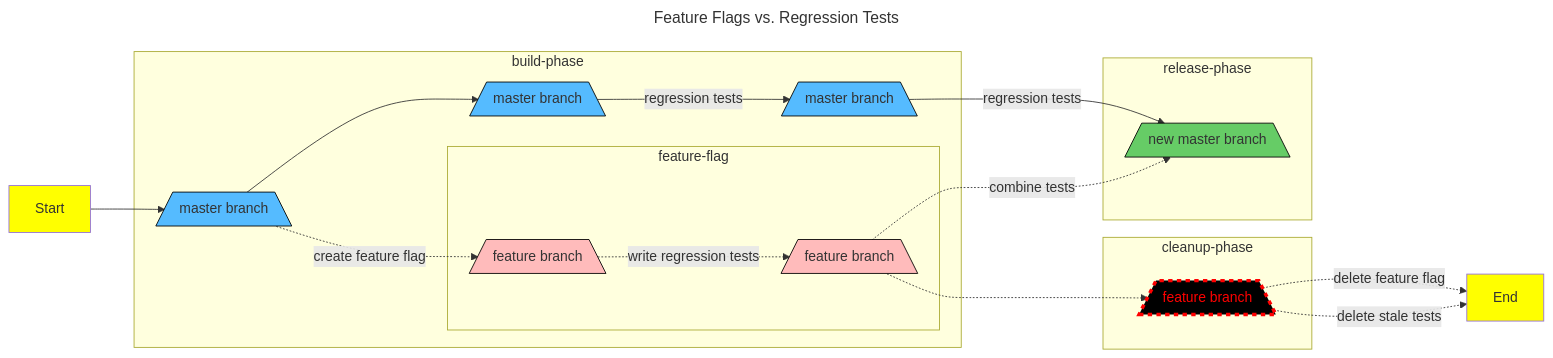
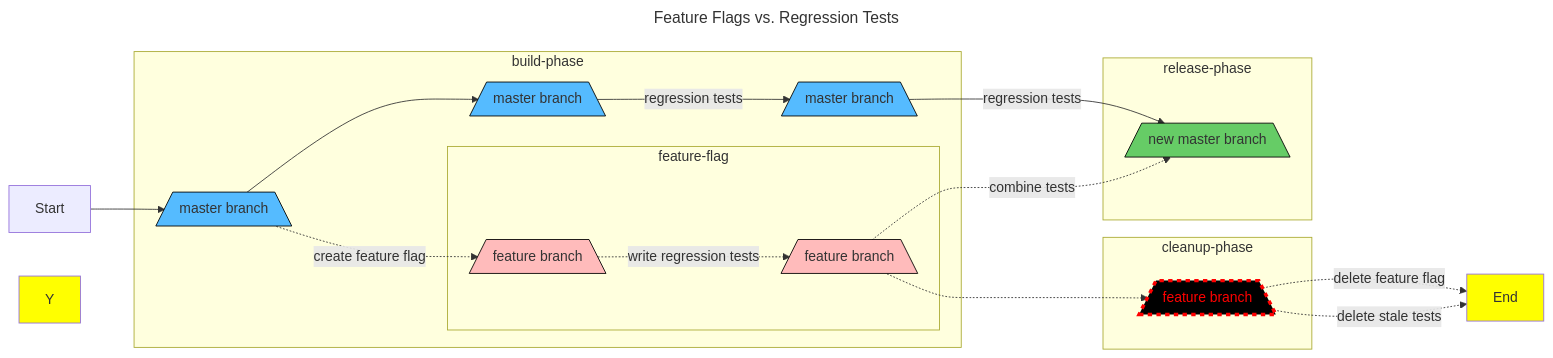
The diagram in diagrams/diagram1.mmd (jessicahirsch/Mermaid-Diagrams), drawn with Mermaid before and after one commit. The commit also changed 1 other file, not shown here.

Commit message:
fix: correct the order of the divs in diagram3 HTML

```diff
--- a/diagrams/diagram1.mmd
+++ b/diagrams/diagram1.mmd
@@ -1,52 +1,52 @@
 ---
 title: Feature Flags vs. Regression Tests
 ---
 
 flowchart LR
 
 %% Each phase is less than three lines of code to promote small batches.
 %% Larger code blocks mean smaller batches are called for, excluding classes.
 
-    Y[Start]-->A[/master branch\]
+    X[Start]-->A[/master branch\]
 
     subgraph build-phase
     A[/master branch\]-->AB[/master branch\]
 
     %% Begin top line build phase
     AB[/master branch\]--regression tests-->B[/master branch\]
 
     %% Feature branch is forked from master
     A[/master branch\]-.create feature flag.->C[/feature branch\]
 
     %% Feature developement begins behind flag
     subgraph feature-flag
     C[/feature branch\]-.write regression tests .->D[/feature branch\]
     D[/feature branch\]
     end feature-flag
     end build-phase
 
     subgraph release-phase
     B[/master branch\]--regression tests-->E[/new master branch\]
 
     %% Work is integrated
     D[/feature branch\]-.combine tests .->E[/new master branch\]
     end release-phase
 
     %% Post-experiment cleanup phase
     subgraph cleanup-phase
     D[/feature branch\]-.->F[/feature branch\]
     F[/feature branch\]
     end cleanup-phase
 
     F[/feature branch\]-.delete feature flag.->Z[End]
     F[/feature branch\]-.delete stale tests.->Z[End]
 
     style Y fill:#ff0
     style Z fill:#ff0
     style E fill:#6C6,stroke:#000
     style F fill:#000,stroke:#f00,stroke-width:4px,color:#f00,stroke-dasharray: 5 5
     
     class A,AB,B masterClass;
     class C,D featureClass
     classDef masterClass fill:#5BF,stroke:#000
     classDef featureClass fill:#FBB,stroke:#000
```
